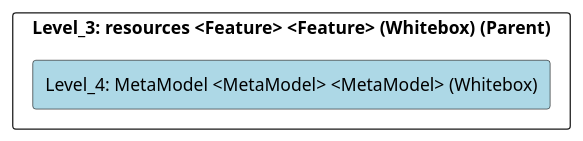
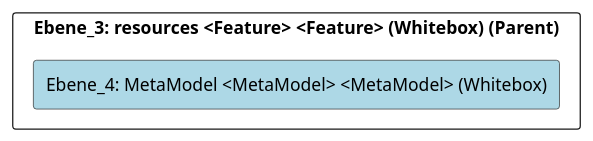
One commit to marcozwyssig/cleon changed the diagram in doc/cleonproject_deliverables_architecture_model_architecture/adoc/de/05_bausteinsicht/cleon/common/resources/metamodel/ebene_4_metamodel.adoc. Above: the diagram before and after it, drawn with PlantUML. The commit also changed other lines of this file and 214 other files, not shown here.

```diff
--- a/doc/cleonproject_deliverables_architecture_model_architecture/adoc/de/05_bausteinsicht/cleon/common/resources/metamodel/ebene_4_metamodel.adoc
+++ b/doc/cleonproject_deliverables_architecture_model_architecture/adoc/de/05_bausteinsicht/cleon/common/resources/metamodel/ebene_4_metamodel.adoc
@@ -20,24 +20,24 @@
-[plantuml, Level_4: MetaModel <MetaModel> <MetaModel> (Whitebox)BlockOverview, format="svg"]
+[plantuml, Ebene_4: MetaModel <MetaModel> <MetaModel> (Whitebox)BlockOverview, format="svg"]
 ----
-@startuml Level_4: MetaModel <MetaModel> <MetaModel> (Whitebox)BuildingBlockOverview
+@startuml Ebene_4: MetaModel <MetaModel> <MetaModel> (Whitebox)BuildingBlockOverview
 
 skinparam ranksep 10
 skinparam componentStyle rectangle
 skinparam shadowing false
 skinparam arrowColor lightblue
 skinparam arrowThickness 1.2
 skinparam rectangle {
   BackgroundColor White
   BorderColor #333
   RoundCorner 10
 }
 top to bottom direction
 
-component "Level_3: resources <Feature> <Feature> (Whitebox) (Parent)" {
-    component "Level_4: MetaModel <MetaModel> <MetaModel> (Whitebox)" #lightblue {
+component "Ebene_3: resources <Feature> <Feature> (Whitebox) (Parent)" {
+    component "Ebene_4: MetaModel <MetaModel> <MetaModel> (Whitebox)" #lightblue {
     }
 
 }
 
 @enduml
 ----
```
